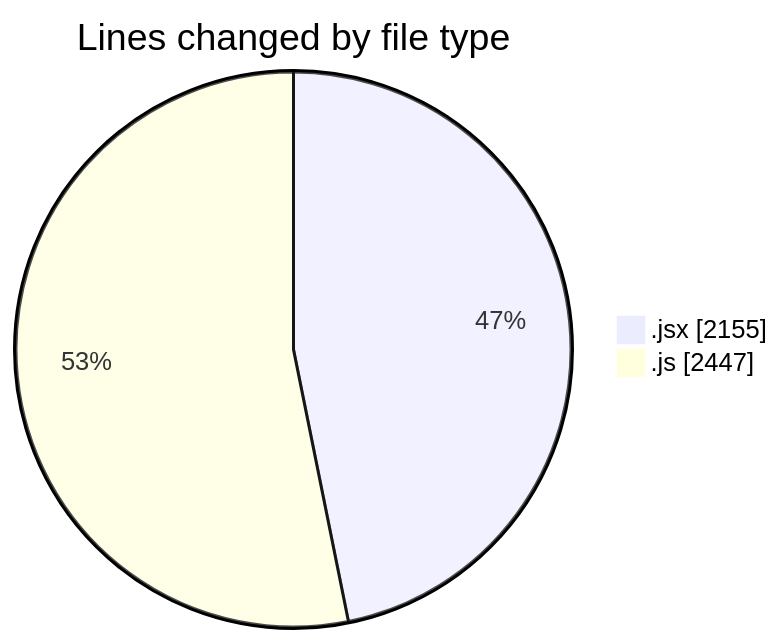
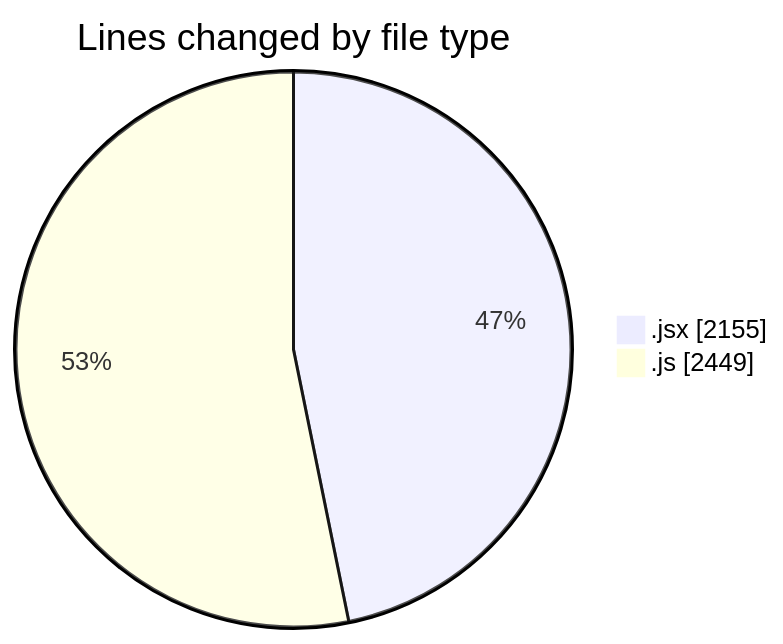
The first of 2 diagrams in 2025-07-30/nxtqube_webapp/README.md (nxtqubesakshisongat/code-tracking), drawn with Mermaid before and after one commit. The commit also changed other lines of this file and 1 other file, not shown here.

````diff
--- a/2025-07-30/nxtqube_webapp/README.md
+++ b/2025-07-30/nxtqube_webapp/README.md
@@ -27,6 +27,6 @@
 ```mermaid
 pie showData
 title Lines changed by file type
 ".jsx" : 2155
-".js" : 2447
+".js" : 2449
 ```
````
